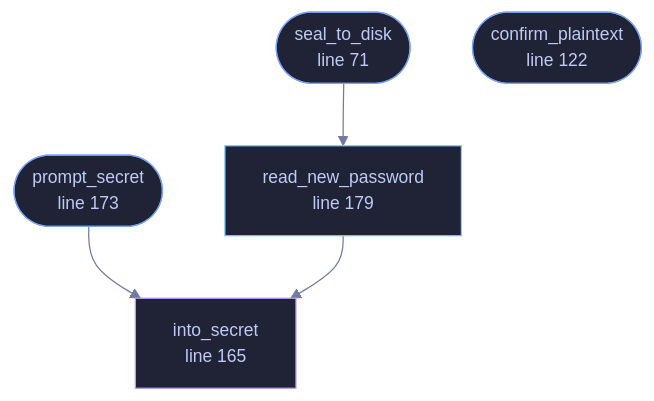
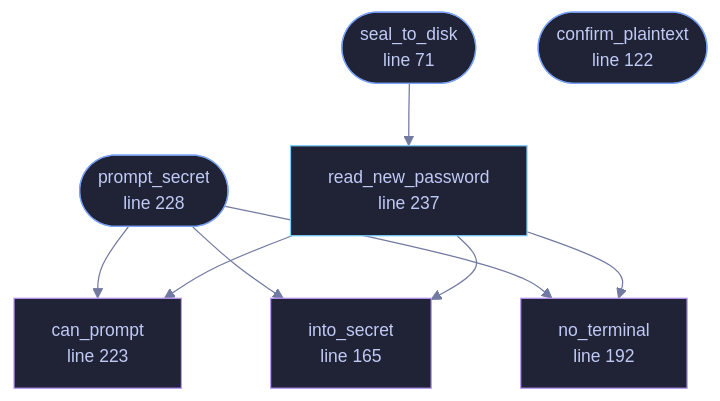
One commit to tilas01/veilvoice changed the diagram in docs/files/veilvoice-cli/atrest.md. Above: the diagram before and after it, drawn with Mermaid. The commit also changed other lines of this file and 17 other files, not shown here.

````diff
--- a/docs/files/veilvoice-cli/atrest.md
+++ b/docs/files/veilvoice-cli/atrest.md
@@ -92,23 +92,31 @@
 ```mermaid
 %%{init: {"theme":"base","themeVariables":{"background":"#1a1b26","primaryColor":"#1f2335","primaryTextColor":"#c0caf5","primaryBorderColor":"#7aa2f7","secondaryColor":"#16161e","tertiaryColor":"#16161e","lineColor":"#737aa2","textColor":"#c0caf5","mainBkg":"#1f2335","nodeBorder":"#7aa2f7","clusterBkg":"#16161e","clusterBorder":"#2f3549","fontFamily":"ui-monospace, SFMono-Regular, Consolas, monospace","fontSize":"14px"}}}%%
 flowchart TD
     n_seal_to_disk(["seal_to_disk<br/>line 71"])
     n_confirm_plaintext(["confirm_plaintext<br/>line 122"])
     n_into_secret["into_secret<br/>line 165"]
-    n_prompt_secret(["prompt_secret<br/>line 173"])
-    n_read_new_password["read_new_password<br/>line 179"]
+    n_no_terminal["no_terminal<br/>line 192"]
+    n_can_prompt["can_prompt<br/>line 223"]
+    n_prompt_secret(["prompt_secret<br/>line 228"])
+    n_read_new_password["read_new_password<br/>line 237"]
+    n_prompt_secret --> n_can_prompt
     n_prompt_secret --> n_into_secret
+    n_prompt_secret --> n_no_terminal
+    n_read_new_password --> n_can_prompt
     n_read_new_password --> n_into_secret
+    n_read_new_password --> n_no_terminal
     n_seal_to_disk --> n_read_new_password
     click n_seal_to_disk href "https://github.com/tilas01/veilvoice/blob/main/crates/veilvoice-cli/src/atrest.rs#L71" "open the source"
     click n_confirm_plaintext href "https://github.com/tilas01/veilvoice/blob/main/crates/veilvoice-cli/src/atrest.rs#L122" "open the source"
     click n_into_secret href "https://github.com/tilas01/veilvoice/blob/main/crates/veilvoice-cli/src/atrest.rs#L165" "open the source"
-    click n_prompt_secret href "https://github.com/tilas01/veilvoice/blob/main/crates/veilvoice-cli/src/atrest.rs#L173" "open the source"
-    click n_read_new_password href "https://github.com/tilas01/veilvoice/blob/main/crates/veilvoice-cli/src/atrest.rs#L179" "open the source"
+    click n_no_terminal href "https://github.com/tilas01/veilvoice/blob/main/crates/veilvoice-cli/src/atrest.rs#L192" "open the source"
+    click n_can_prompt href "https://github.com/tilas01/veilvoice/blob/main/crates/veilvoice-cli/src/atrest.rs#L223" "open the source"
+    click n_prompt_secret href "https://github.com/tilas01/veilvoice/blob/main/crates/veilvoice-cli/src/atrest.rs#L228" "open the source"
+    click n_read_new_password href "https://github.com/tilas01/veilvoice/blob/main/crates/veilvoice-cli/src/atrest.rs#L237" "open the source"
     classDef entry fill:#1f2335,stroke:#7aa2f7,color:#c0caf5
     class n_seal_to_disk,n_confirm_plaintext,n_prompt_secret entry
     classDef api fill:#1f2335,stroke:#7dcfff,color:#c0caf5
     class n_read_new_password api
     classDef helper fill:#1f2335,stroke:#bb9af7,color:#c0caf5
-    class n_into_secret helper
+    class n_into_secret,n_no_terminal,n_can_prompt helper
 ```
````
